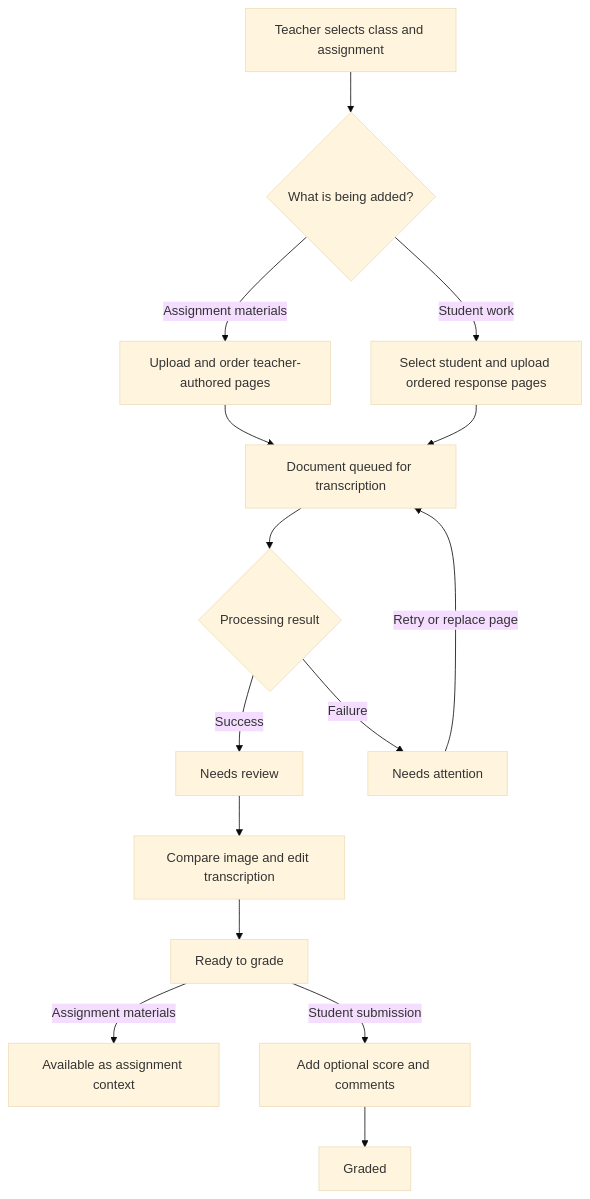
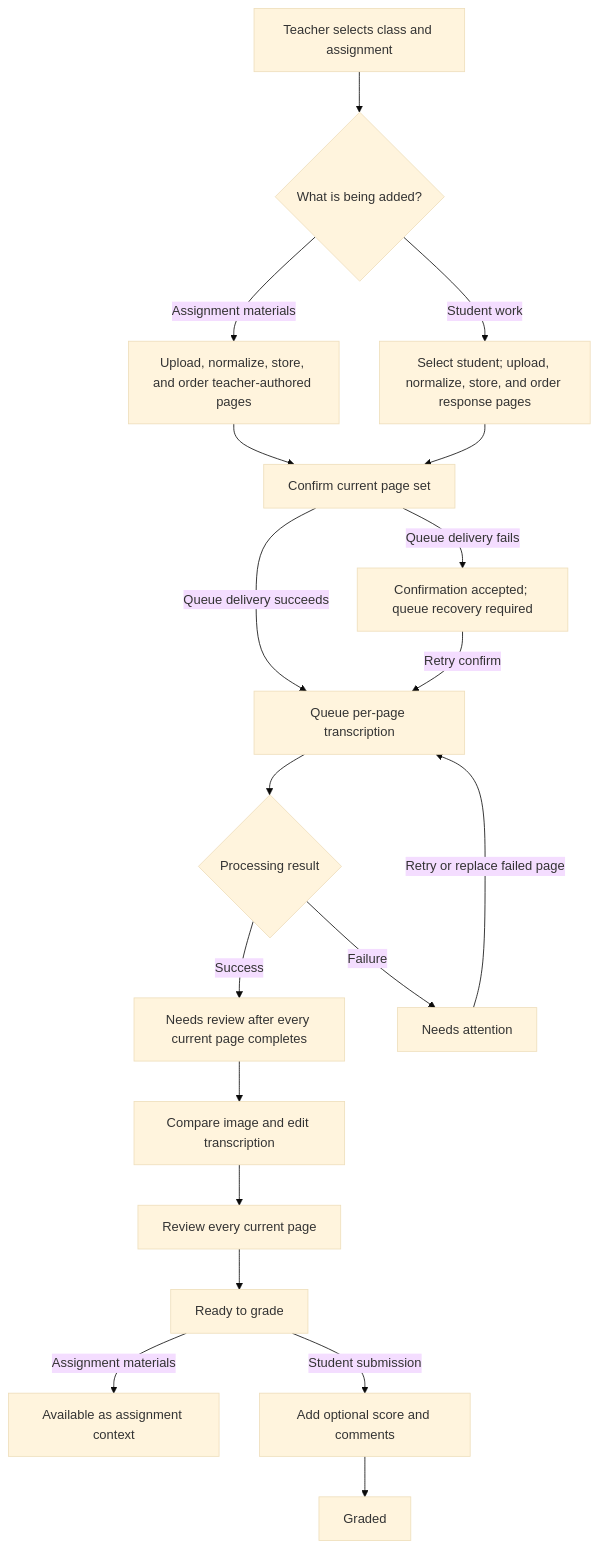
The diagram in plan/assignment-reader/product-doc.md (joseiciano/classprints), drawn with Mermaid (base theme) before and after one commit. The commit also changed other lines of this file and 27 other files, not shown here.

````diff
--- a/plan/assignment-reader/product-doc.md
+++ b/plan/assignment-reader/product-doc.md
@@ -185,17 +190,21 @@
 ```mermaid
 flowchart TD
     A[Teacher selects class and assignment] --> B{What is being added?}
-    B -->|Assignment materials| C[Upload and order teacher-authored pages]
-    B -->|Student work| D[Select student and upload ordered response pages]
-    C --> E[Document queued for transcription]
+    B -->|Assignment materials| C[Upload, normalize, store, and order teacher-authored pages]
+    B -->|Student work| D[Select student; upload, normalize, store, and order response pages]
+    C --> E[Confirm current page set]
     D --> E
-    E --> F{Processing result}
-    F -->|Success| G[Needs review]
+    E -->|Queue delivery succeeds| Q[Queue per-page transcription]
+    E -->|Queue delivery fails| QC[Confirmation accepted; queue recovery required]
+    QC -->|Retry confirm| Q
+    Q --> F{Processing result}
+    F -->|Success| G[Needs review after every current page completes]
     F -->|Failure| H[Needs attention]
-    H -->|Retry or replace page| E
+    H -->|Retry or replace failed page| Q
     G --> I[Compare image and edit transcription]
-    I --> J[Ready to grade]
-    J -->|Assignment materials| K[Available as assignment context]
-    J -->|Student submission| L[Add optional score and comments]
-    L --> M[Graded]
+    I --> J[Review every current page]
+    J --> K[Ready to grade]
+    K -->|Assignment materials| L[Available as assignment context]
+    K -->|Student submission| M[Add optional score and comments]
+    M --> N[Graded]
 ```
````
